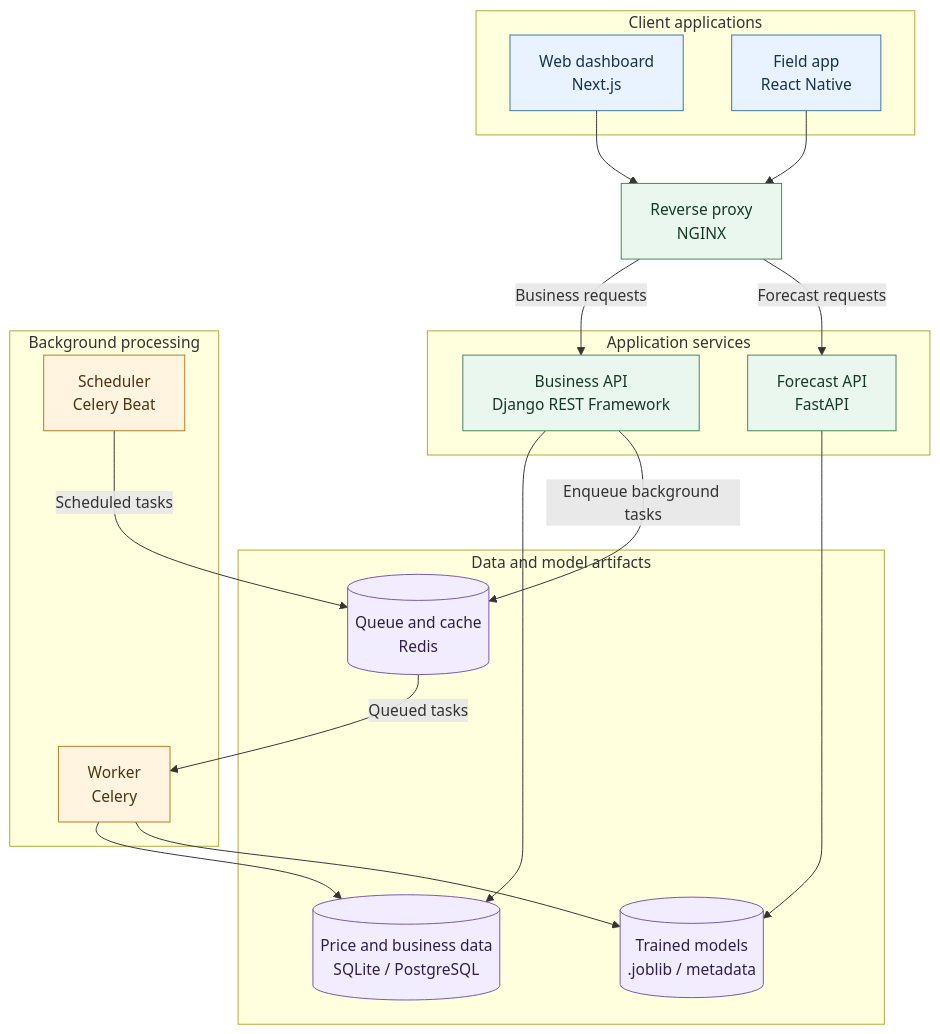
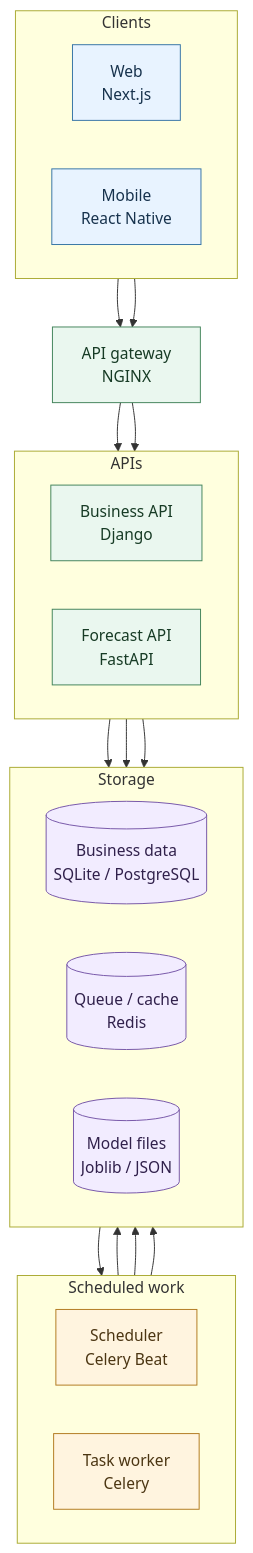
The first of 5 diagrams in README.md (gamepatt78/way2agri-price-forecasting-engine), drawn with Mermaid before and after one commit. The commit also changed other lines of this file and 2 other files, not shown here.

Commit message:
docs: improve diagram readability and labels

````diff
--- a/README.md
+++ b/README.md
@@ -35,46 +35,50 @@
 ```mermaid
 flowchart TB
-    subgraph clients["Client applications"]
-        web["Web dashboard<br/>Next.js"]
-        mobile["Field app<br/>React Native"]
+    subgraph clients["Clients"]
+        direction LR
+        web["Web<br/>Next.js"]
+        mobile["Mobile<br/>React Native"]
     end
 
-    gateway["Reverse proxy<br/>NGINX"]
+    gateway["API gateway<br/>NGINX"]
 
-    subgraph services["Application services"]
-        django["Business API<br/>Django REST Framework"]
+    subgraph services["APIs"]
+        direction LR
+        django["Business API<br/>Django"]
         fastapi["Forecast API<br/>FastAPI"]
     end
 
-    subgraph jobs["Background processing"]
+    subgraph jobs["Scheduled work"]
+        direction LR
         beat["Scheduler<br/>Celery Beat"]
-        worker["Worker<br/>Celery"]
+        worker["Task worker<br/>Celery"]
     end
 
-    subgraph data["Data and model artifacts"]
-        database[("Price and business data<br/>SQLite / PostgreSQL")]
-        redis[("Queue and cache<br/>Redis")]
-        artifacts[("Trained models<br/>.joblib / metadata")]
+    subgraph data["Storage"]
+        direction LR
+        database[("Business data<br/>SQLite / PostgreSQL")]
+        redis[("Queue / cache<br/>Redis")]
+        artifacts[("Model files<br/>Joblib / JSON")]
     end
 
     web --> gateway
     mobile --> gateway
-    gateway -->|"Business requests"| django
-    gateway -->|"Forecast requests"| fastapi
+    gateway --> django
+    gateway --> fastapi
     django --> database
-    django -->|"Enqueue background tasks"| redis
-    beat -->|"Scheduled tasks"| redis
-    redis -->|"Queued tasks"| worker
+    django --> redis
+    beat --> redis
+    redis --> worker
     worker --> database
     worker --> artifacts
     fastapi --> artifacts
 
     classDef client fill:#e8f3ff,stroke:#3674a5,color:#17324d
     classDef service fill:#eaf7ef,stroke:#43845b,color:#173b25
     classDef process fill:#fff4df,stroke:#b27a20,color:#4b3512
     classDef store fill:#f2ecff,stroke:#7656a8,color:#30204b
     class web,mobile client
     class gateway,django,fastapi service
     class beat,worker process
     class database,redis,artifacts store
 ```
````
